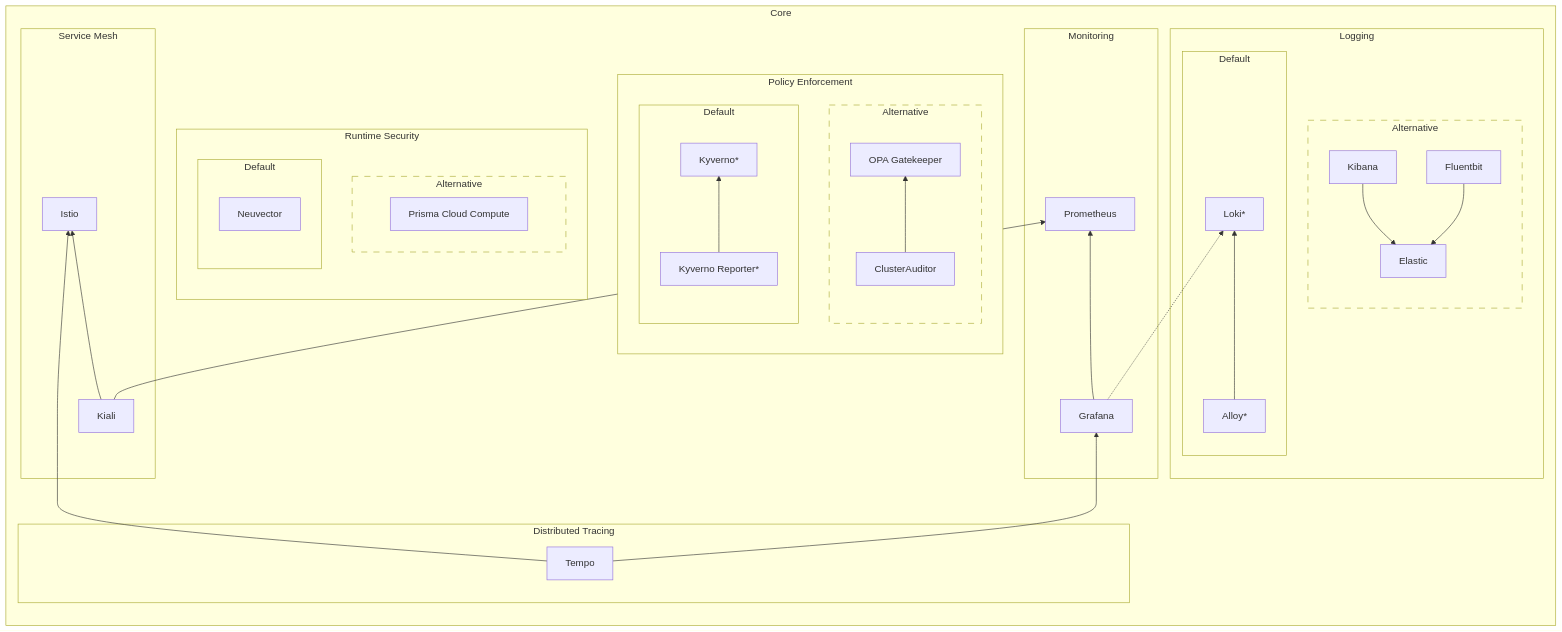
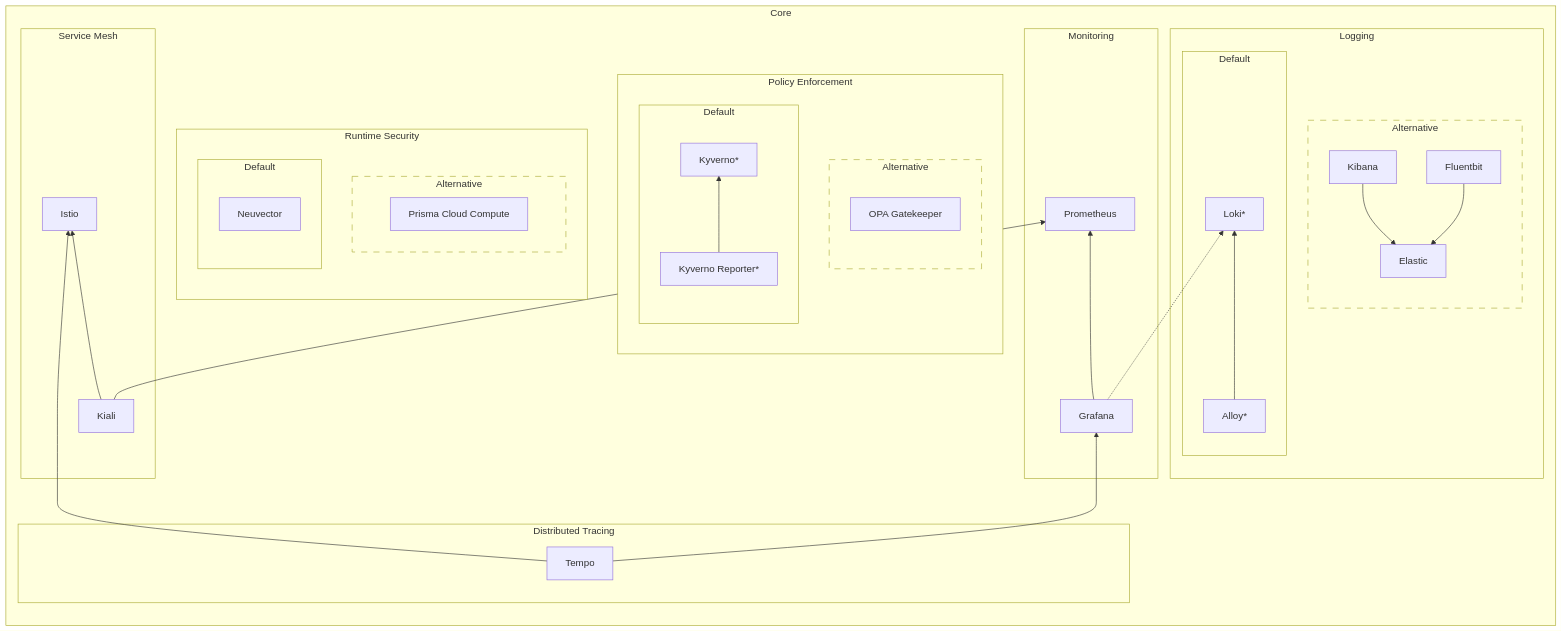
Before and after one commit to shebashio/bigbang: the first of 2 diagrams in docs/understanding-bigbang/package-architecture/README.md, drawn with Mermaid. The commit also changed other lines of this file, not shown here.

Commit message:
correct stack name

````diff
--- a/docs/understanding-bigbang/package-architecture/README.md
+++ b/docs/understanding-bigbang/package-architecture/README.md
@@ -15,52 +15,52 @@
 ```mermaid
 flowchart LR
   subgraph Core
     direction BT
 
     subgraph L[Logging]
       subgraph PLG[Default]
         Alloy[Alloy*] --> Loki[Loki*]
       end
       subgraph EFK[Alternative]
         style EFK stroke-dasharray: 10 10
         Kibana & Fluentbit --> Elastic
       end
     end
 
     subgraph M[Monitoring]
       Grafana --> Prometheus
       Grafana -.-> Loki
     end
 
     subgraph PE[Policy Enforcement]
       subgraph CA[Alternative]
       style CA stroke-dasharray: 10 10
       direction BT
-        ClusterAuditor --> OPA[OPA Gatekeeper]
+        OPA[OPA Gatekeeper]
       end
       subgraph KyvernoStack[Default]
       direction BT
         KyvernoReporter[Kyverno Reporter*] --> Kyverno[Kyverno*]
       end
     end
 
     subgraph RS[Runtime Security]
       subgraph CC[Alternative]
         style CC stroke-dasharray: 10 10
         Twistlock[Prisma Cloud Compute]
       end
       subgraph TL[Default]
         Neuvector[Neuvector]
       end
     end
 
     subgraph DT[Distributed Tracing]
       Tempo[Tempo] --> Grafana
     end
 
     subgraph SM[Service Mesh]
       Tempo --> Istio
       Kiali --> Istio & Prometheus
     end
   end
 ```
````
